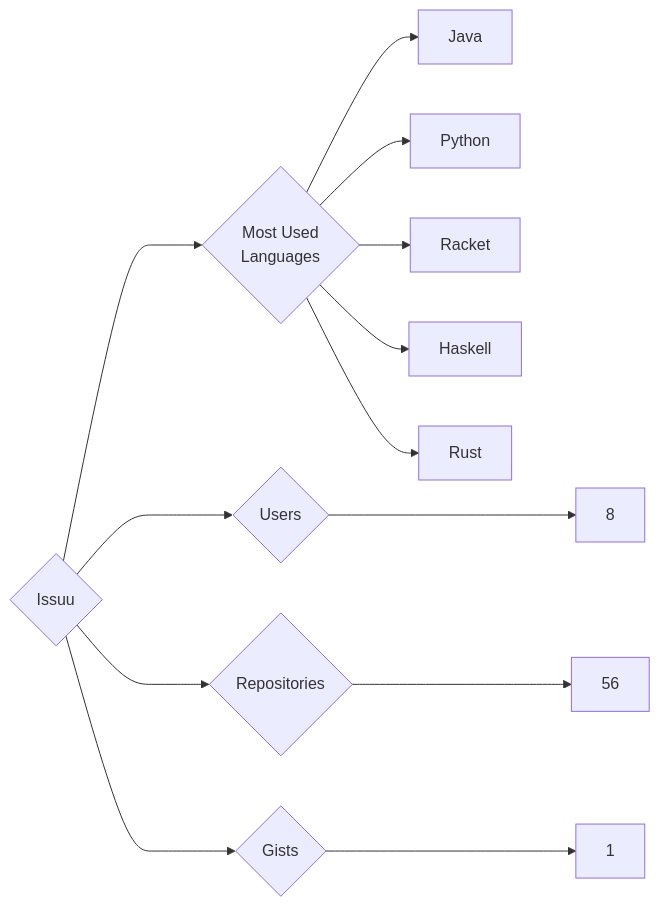
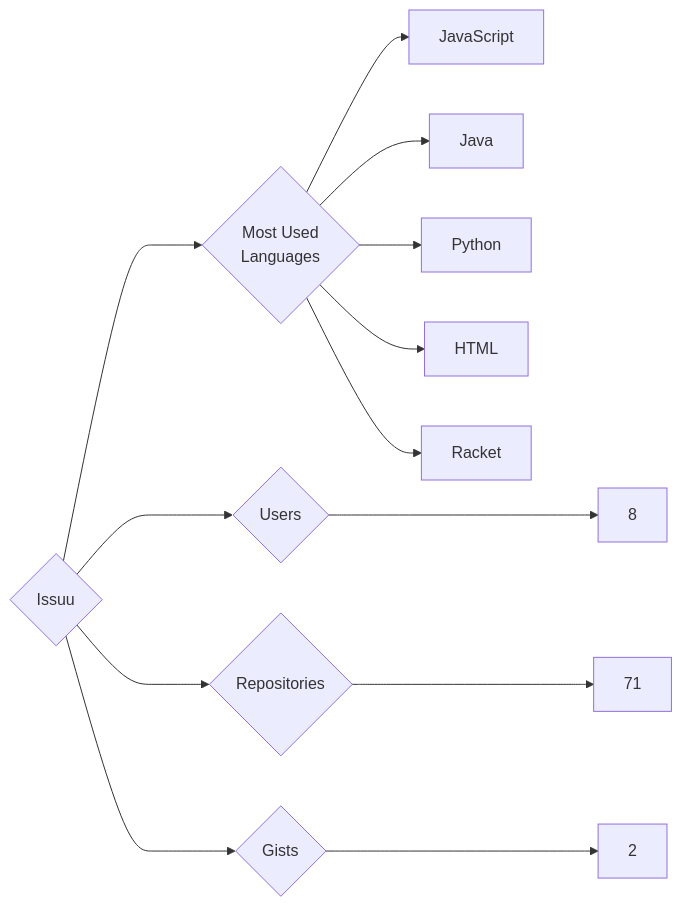
One commit to trickest/insiders changed the diagram in targets/Issuu/README.md. Above: the diagram before and after it, drawn with Mermaid. The commit also changed 1030 other files, not shown here.

````diff
--- a/targets/Issuu/README.md
+++ b/targets/Issuu/README.md
@@ -3,13 +3,13 @@
 ```mermaid
 graph LR
 COMPANY_NAME{Issuu}
 COMPANY_NAME ---> U{Users} ---> UN[8]
-COMPANY_NAME ---> R{Repositories} ---> RN[56]
-COMPANY_NAME ---> G{Gists} ---> GN[1]
+COMPANY_NAME ---> R{Repositories} ---> RN[71]
+COMPANY_NAME ---> G{Gists} ---> GN[2]
 COMPANY_NAME ---> ML{Most Used<br>Languages}
+ML --> JavaScript[JavaScript]
 ML --> Java[Java]
 ML --> Python[Python]
+ML --> HTML[HTML]
 ML --> Racket[Racket]
-ML --> Haskell[Haskell]
-ML --> Rust[Rust]
 ```
````
